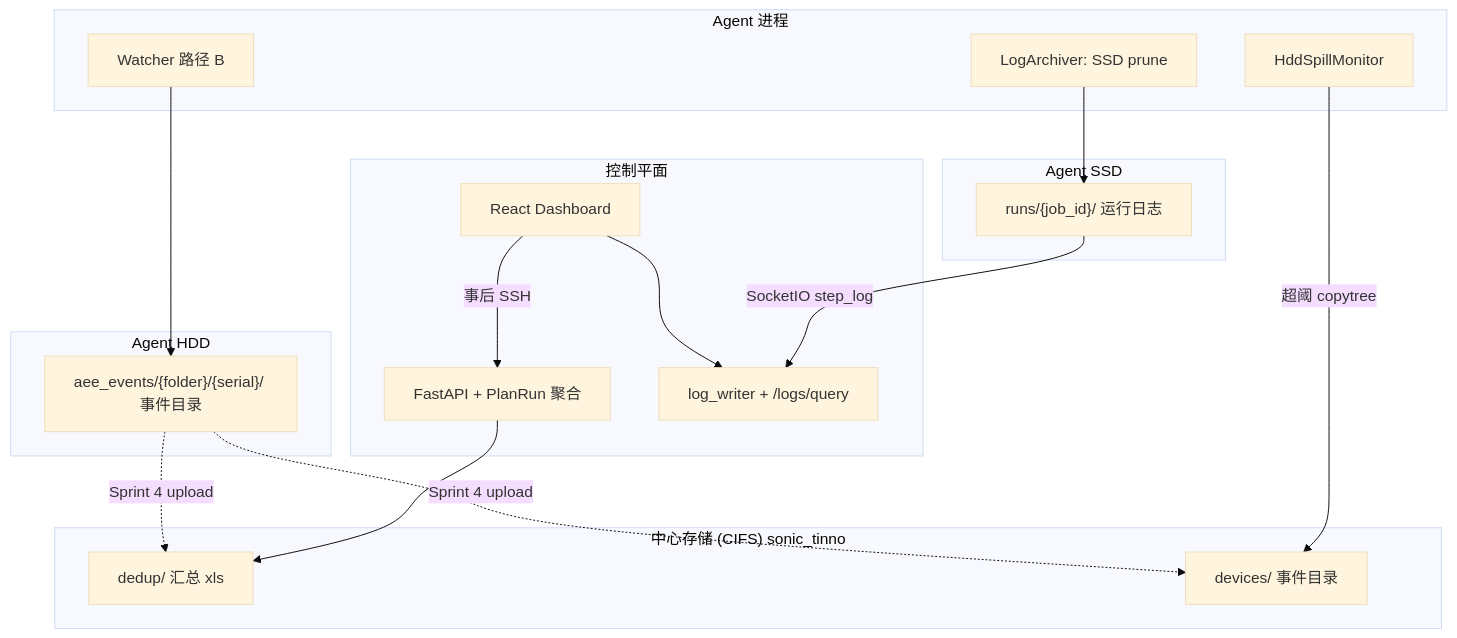
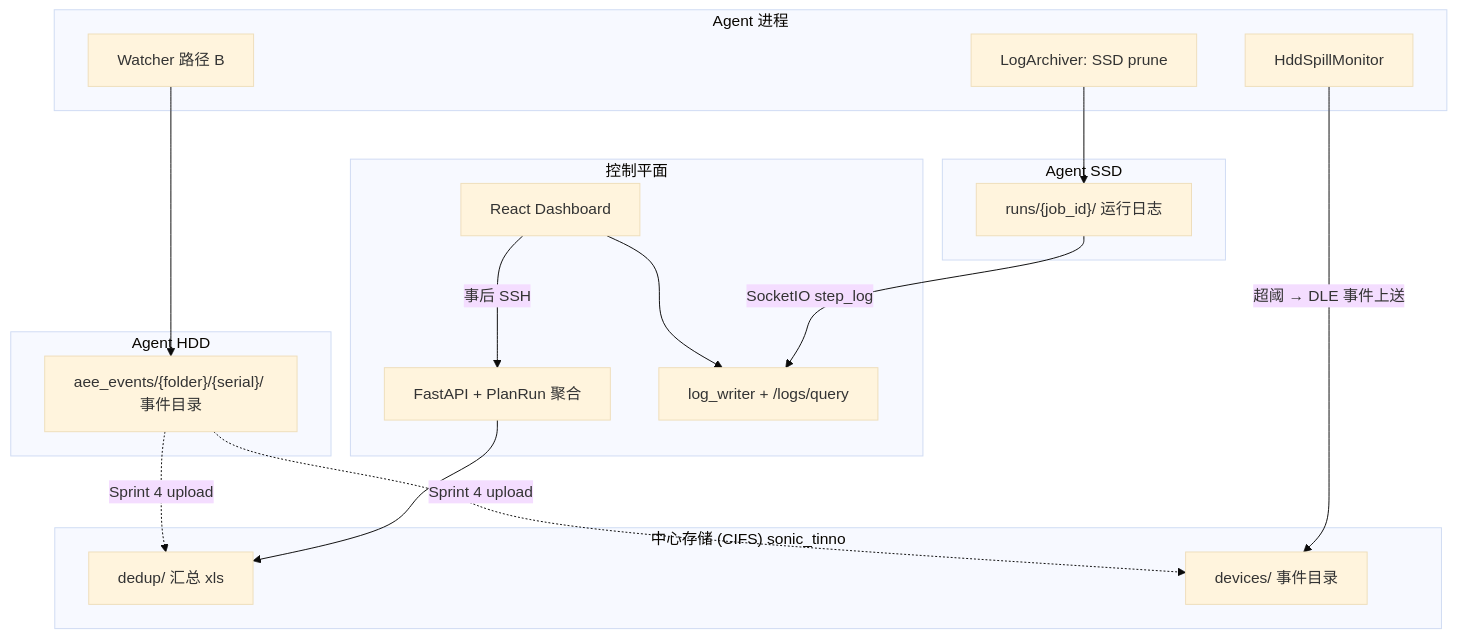
One commit to DUElost/stability-test-platform changed the diagram in docs/design/2026-plan-c-storage-and-access.md. Above: the diagram before and after it, drawn with Mermaid (base theme). The commit also changed other lines of this file and 2 other files, not shown here.

````diff
--- a/docs/design/2026-plan-c-storage-and-access.md
+++ b/docs/design/2026-plan-c-storage-and-access.md
@@ -16,33 +16,33 @@
 ```mermaid
 flowchart TB
   subgraph Agent_SSD["Agent SSD"]
     RL["runs/{job_id}/ 运行日志"]
   end
   subgraph Agent_HDD["Agent HDD"]
     AEE["aee_events/{folder}/{serial}/ 事件目录"]
   end
   subgraph Agent_Proc["Agent 进程"]
     W["Watcher 路径 B"]
     LA["LogArchiver: SSD prune"]
     HS["HddSpillMonitor"]
   end
   subgraph CIFS["中心存储 (CIFS) sonic_tinno"]
     DEDUP["dedup/ 汇总 xls"]
     DEV["devices/ 事件目录"]
   end
   subgraph CP["控制平面"]
     API["FastAPI + PlanRun 聚合"]
     UI["React Dashboard"]
     LW["log_writer + /logs/query"]
   end
 
   W --> AEE
   LA --> RL
-  HS -->|"超阈 copytree"| DEV
+  HS -->|"超阈 → DLE 事件上送"| DEV
   RL -->|"SocketIO step_log"| LW
   UI --> LW
   UI -->|"事后 SSH"| API
   API --> DEDUP
   AEE -.->|"Sprint 4 upload"| DEDUP
   AEE -.->|"Sprint 4 upload"| DEV
 ```
````
